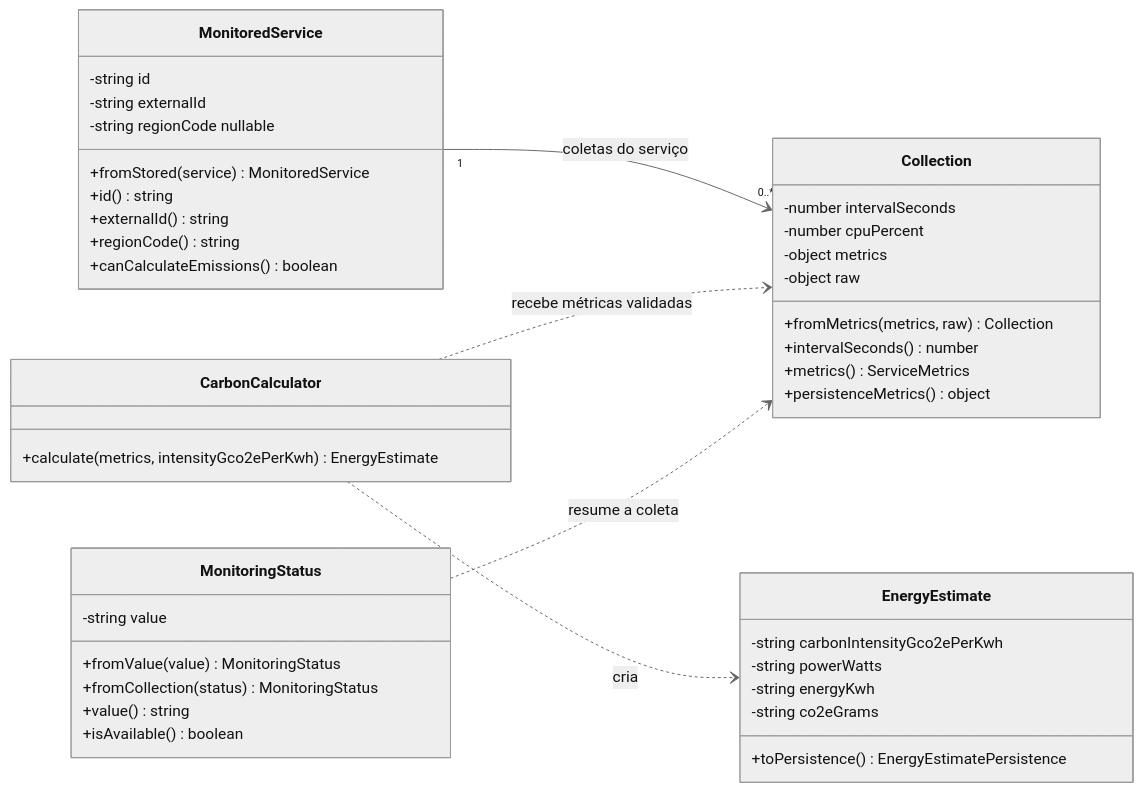
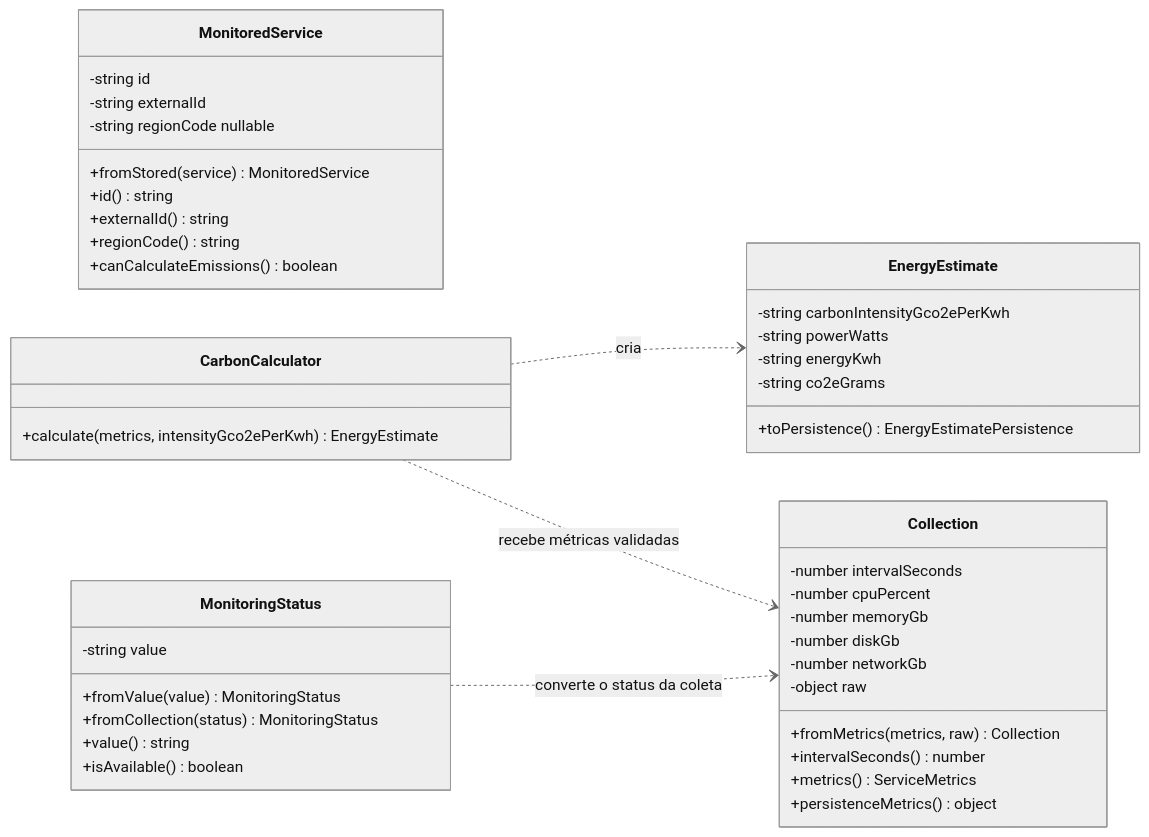
The third of 5 diagrams in docs/arquitetura/modelagem-uml.md (DEVassos/ecopulse-app), drawn with Mermaid (neutral theme) before and after one commit. The commit also changed other lines of this file and 2 other files, not shown here.

Commit message:
docs(docs): corrige verificação do TP01 e descrição das classes (#289)
O grep do "Como verificar" procurava o texto src/domain nos fontes, mas os
imports são relativos e o comando saía com código 1 e nenhuma linha. Passa a
usar grep -rnE "from '(\.\./)+domain/" backend/src, que devolve 5 linhas
(quatro imports em jobs/collector.ts e MonitoringStatus em services.service.ts).
EnergyEstimate não é importado: chega pelo retorno de CarbonCalculator.calculate()
e é usado em collector.ts:116 (toPersistence()).

No diagrama e na descrição, só MonitoredService, Collection e MonitoringStatus
têm construtor privado e factory; EnergyEstimate tem construtor público e
CarbonCalculator não declara campo nem construtor.

````diff
--- a/docs/arquitetura/modelagem-uml.md
+++ b/docs/arquitetura/modelagem-uml.md
@@ -162,45 +162,46 @@
 ```mermaid
 classDiagram
     direction LR
     class MonitoredService {
         -string id
         -string externalId
         -string regionCode nullable
         +fromStored(service) MonitoredService
         +id() string
         +externalId() string
         +regionCode() string
         +canCalculateEmissions() boolean
     }
     class Collection {
         -number intervalSeconds
         -number cpuPercent
-        -object metrics
+        -number memoryGb
+        -number diskGb
+        -number networkGb
         -object raw
         +fromMetrics(metrics, raw) Collection
         +intervalSeconds() number
         +metrics() ServiceMetrics
         +persistenceMetrics() object
     }
     class EnergyEstimate {
         -string carbonIntensityGco2ePerKwh
         -string powerWatts
         -string energyKwh
         -string co2eGrams
         +toPersistence() EnergyEstimatePersistence
     }
     class CarbonCalculator {
         +calculate(metrics, intensityGco2ePerKwh) EnergyEstimate
     }
     class MonitoringStatus {
         -string value
         +fromValue(value) MonitoringStatus
         +fromCollection(status) MonitoringStatus
         +value() string
         +isAvailable() boolean
     }
-    MonitoredService "1" --> "0..*" Collection : coletas do serviço
     CarbonCalculator ..> EnergyEstimate : cria
     CarbonCalculator ..> Collection : recebe métricas validadas
-    MonitoringStatus ..> Collection : resume a coleta
+    MonitoringStatus ..> Collection : converte o status da coleta
 ```
````
